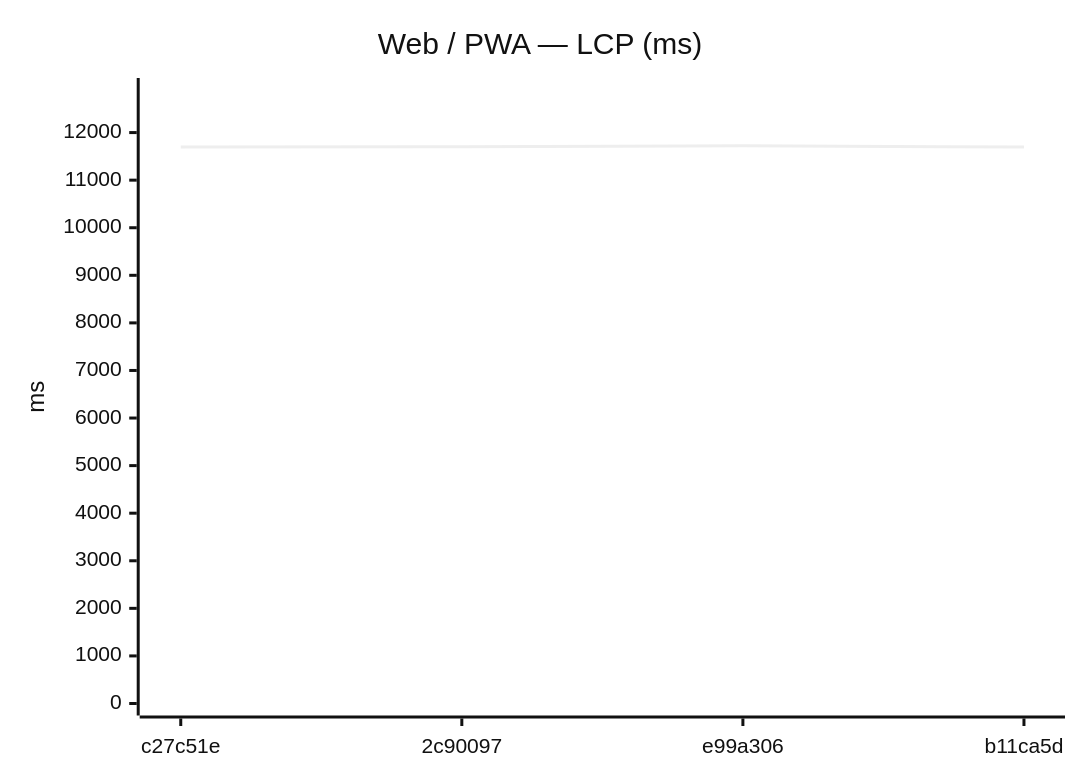
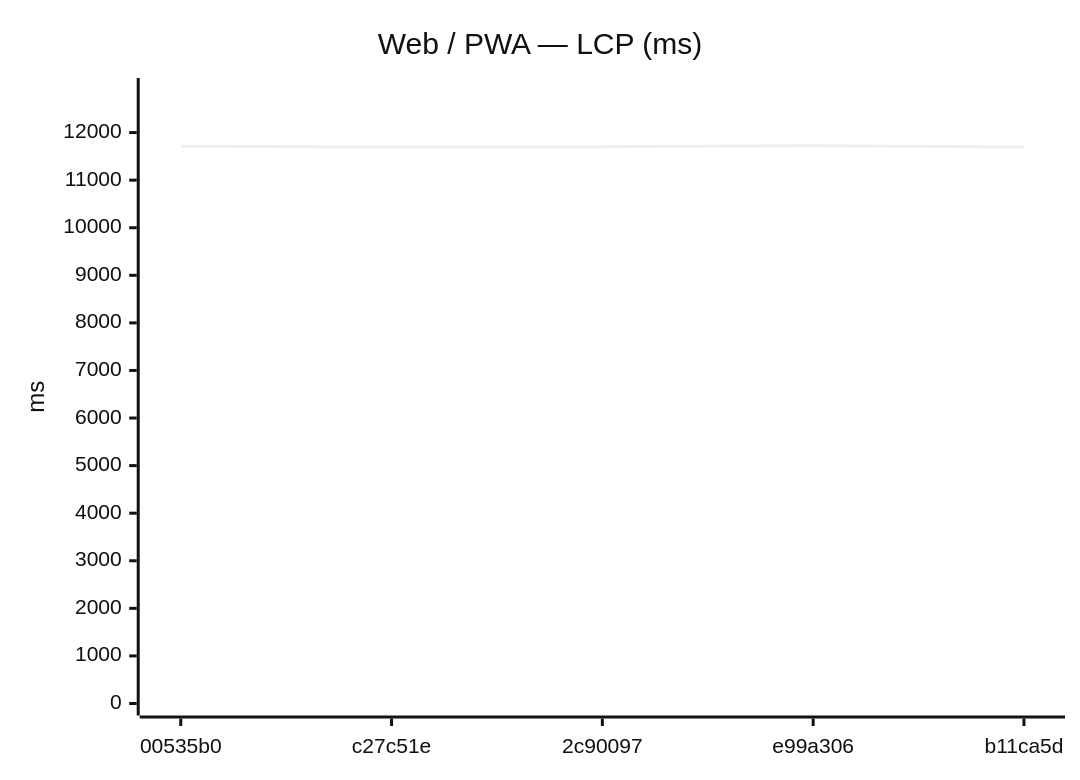
The ninth of 24 diagrams in benchmarks/compare.md (Metaheurist/Rianell), drawn with Mermaid (neutral theme) before and after one commit. The commit also changed other lines of this file and 12 other files, not shown here.

````diff
--- a/benchmarks/compare.md
+++ b/benchmarks/compare.md
@@ -119,7 +124,7 @@
 ```mermaid
 xychart-beta
     title "Web / PWA — LCP (ms)"
-    x-axis ["c27c51e", "2c90097", "e99a306", "b11ca5d"]
+    x-axis ["00535b0", "c27c51e", "2c90097", "e99a306", "b11ca5d"]
     y-axis "ms" 0 --> 12895
-    line [11699, 11703, 11722, 11697]
+    line [11711, 11699, 11703, 11722, 11697]
 ```
````
